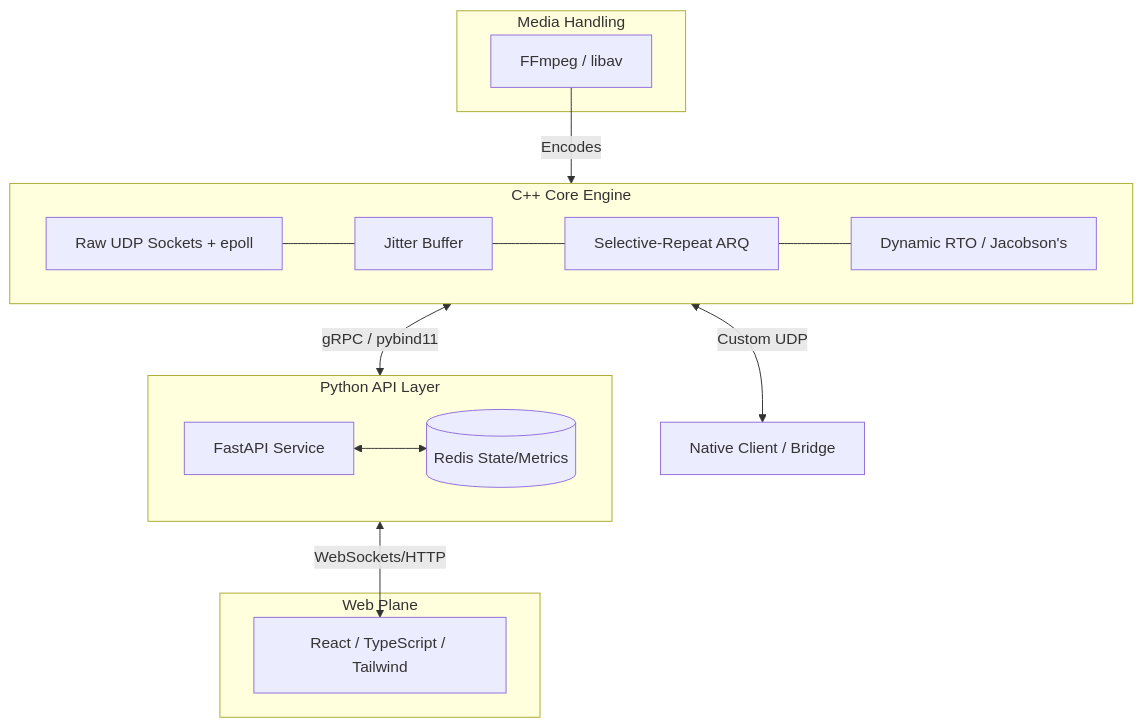
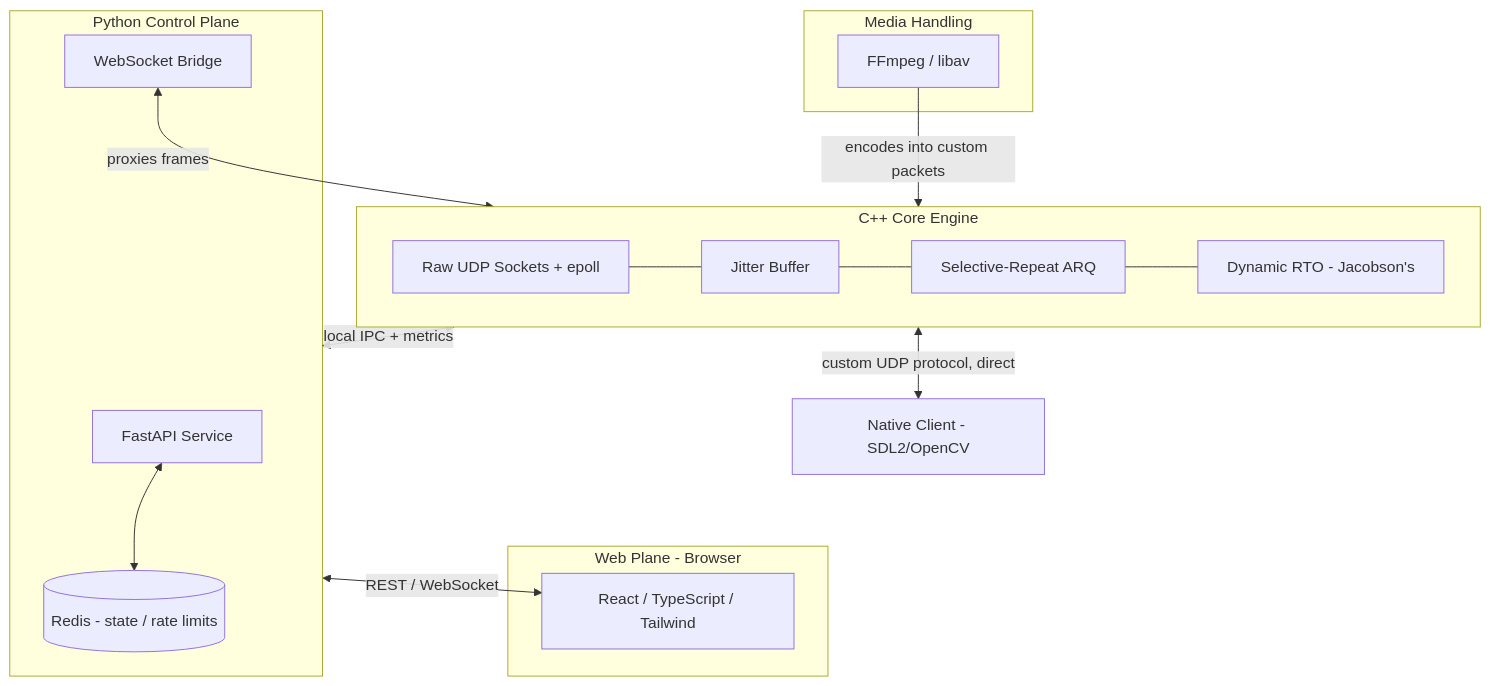
One commit to Ghosts6/SocketCast changed the diagram in README.md. Above: the diagram before and after it, drawn with Mermaid. The commit also changed other lines of this file and 71 other files, not shown here.

````diff
--- a/README.md
+++ b/README.md
@@ -17,30 +20,33 @@
 ```mermaid
 graph TD
-    subgraph Frontend [Web Plane]
+    subgraph Frontend [Web Plane - Browser]
         UI[React / TypeScript / Tailwind]
     end
 
-    subgraph ControlPlane [Python API Layer]
+    subgraph ControlPlane [Python Control Plane]
         API[FastAPI Service]
-        Redis[(Redis State/Metrics)]
+        Bridge[WebSocket Bridge]
+        Redis[(Redis - state / rate limits)]
         API <--> Redis
     end
 
     subgraph TransportEngine [C++ Core Engine]
         UDP[Raw UDP Sockets + epoll]
         Jitter[Jitter Buffer]
         ARQ[Selective-Repeat ARQ]
-        RTO[Dynamic RTO / Jacobson's]
+        RTO[Dynamic RTO - Jacobson's]
         UDP --- Jitter --- ARQ --- RTO
     end
 
     subgraph MediaLayer [Media Handling]
         FFmpeg[FFmpeg / libav]
     end
 
-    FFmpeg -->|Encodes| TransportEngine
-    TransportEngine <-->|gRPC / pybind11| ControlPlane
-    ControlPlane <-->|WebSockets/HTTP| UI
-    TransportEngine <-->|Custom UDP| Client[Native Client / Bridge]
+    NativeClient[Native Client - SDL2/OpenCV]
 
+    FFmpeg -->|encodes into custom packets| TransportEngine
+    TransportEngine <-->|custom UDP protocol, direct| NativeClient
+    TransportEngine <-->|local IPC + metrics| ControlPlane
+    Bridge <-->|proxies frames| TransportEngine
+    ControlPlane <-->|REST / WebSocket| UI
 ```
````
